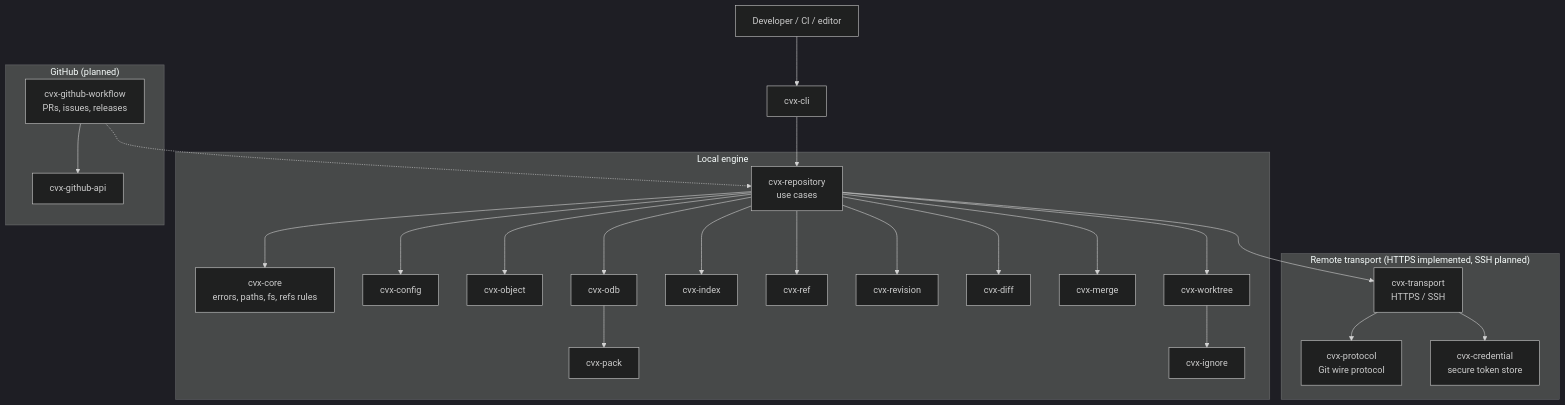
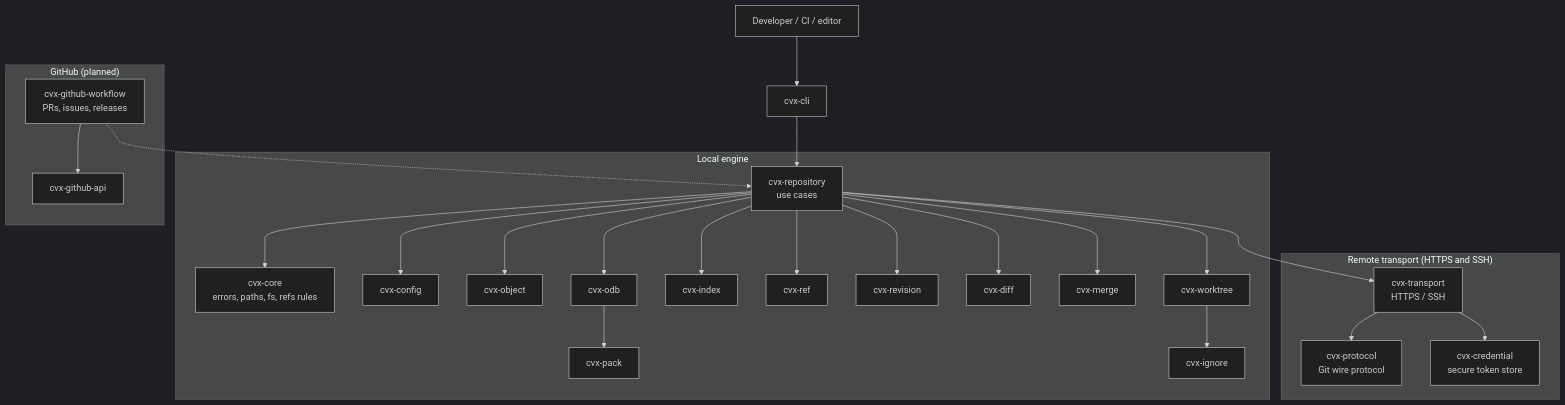
The first of 9 diagrams in docs/architecture.md (marcosgabrielgomes110-collab/cvx), drawn with Mermaid (dark theme) before and after one commit. The commit also changed 25 other files, not shown here.

````diff
--- a/docs/architecture.md
+++ b/docs/architecture.md
@@ -12,37 +12,37 @@
 ```mermaid
 flowchart TB
     Dev["Developer / CI / editor"] --> CLI["cvx-cli"]
     CLI --> Repo["cvx-repository<br/>use cases"]
 
     subgraph Local["Local engine"]
         Repo --> Core["cvx-core<br/>errors, paths, fs, refs rules"]
         Repo --> Config["cvx-config"]
         Repo --> Object["cvx-object"]
         Repo --> ODB["cvx-odb"]
         Repo --> Index["cvx-index"]
         Repo --> Refs["cvx-ref"]
         Repo --> Revision["cvx-revision"]
         Repo --> Diff["cvx-diff"]
         Repo --> Merge["cvx-merge"]
         Repo --> Worktree["cvx-worktree"]
         ODB --> Pack["cvx-pack"]
         Worktree --> Ignore["cvx-ignore"]
     end
 
-    subgraph Remote["Remote transport (HTTPS implemented, SSH planned)"]
+    subgraph Remote["Remote transport (HTTPS and SSH)"]
         Transport["cvx-transport<br/>HTTPS / SSH"]
         Protocol["cvx-protocol<br/>Git wire protocol"]
         Credential["cvx-credential<br/>secure token store"]
         Transport --> Protocol
         Transport --> Credential
     end
 
     subgraph GitHub["GitHub (planned)"]
         API["cvx-github-api"]
         Flow["cvx-github-workflow<br/>PRs, issues, releases"]
         Flow --> API
     end
 
     Repo --> Transport
     Flow -.-> Repo
 ```
````
